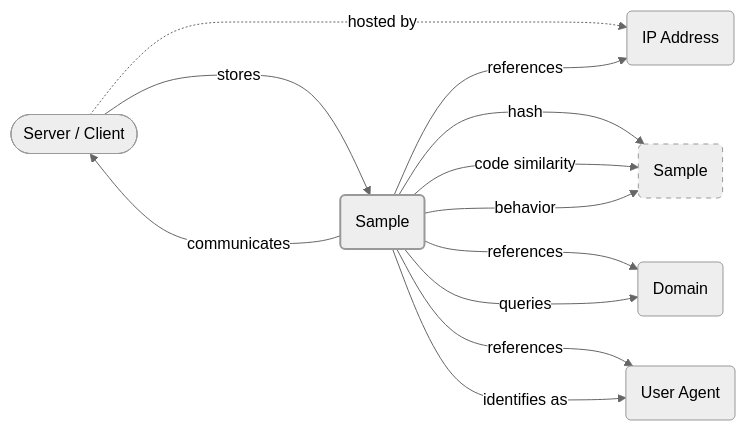
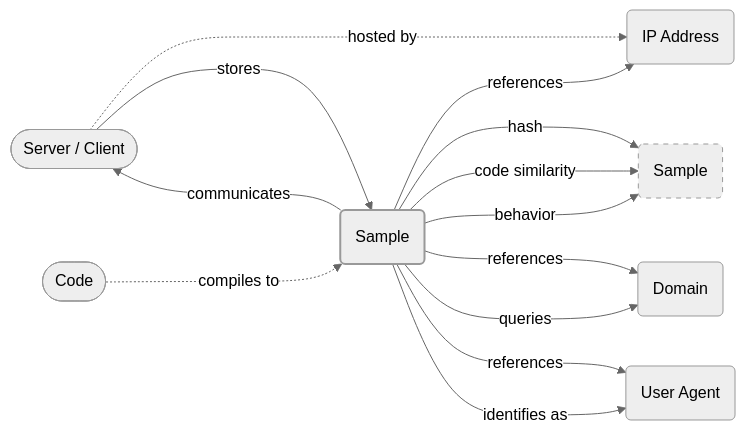
The diagram in docs/artifacts/sample.md (korniko98/pivot-atlas), drawn with Mermaid (neutral theme) before and after one commit. The commit also changed other lines of this file and 5 other files, not shown here.

````diff
--- a/docs/artifacts/sample.md
+++ b/docs/artifacts/sample.md
@@ -31,35 +31,38 @@
 	```mermaid
 	flowchart LR
 		classDef primary stroke-width: 2px
 		classDef secondary stroke-dasharray: 5 5
 		
 		%% define nodes
 		IP_ADDRESS(IP Address)
 		DOMAIN(Domain)
 		SERVER([Server / Client])
 		SAMPLE(Sample):::primary
 		USER_AGENT(User Agent)
 		SAMPLE_(Sample):::secondary
+		CODE([Code])
 		
 		%% define edges
 
 		SAMPLE -- references ---> IP_ADDRESS
 		SERVER -. hosted by .-> IP_ADDRESS
 		SERVER -- stores --> SAMPLE
 		SAMPLE -- communicates ---> SERVER
 		SAMPLE -- hash ---> SAMPLE_
 		SAMPLE -- code similarity --> SAMPLE_
 		SAMPLE -- behavior --> SAMPLE_
 
 		SAMPLE -- references ---> DOMAIN
 		SAMPLE -- queries ---> DOMAIN
 		SAMPLE -- references --> USER_AGENT
 		SAMPLE -- identifies as ---> USER_AGENT
 		
+		CODE -. compiles to ..-> SAMPLE
+		
 		%% define links
 		click IP_ADDRESS "#ip-addresses"
 		click DOMAIN "#domains"
 		click SERVER "#servers"
 		click SAMPLE_ "#samples"
 		click USER_AGENT "#user-agents"
 	```
````
